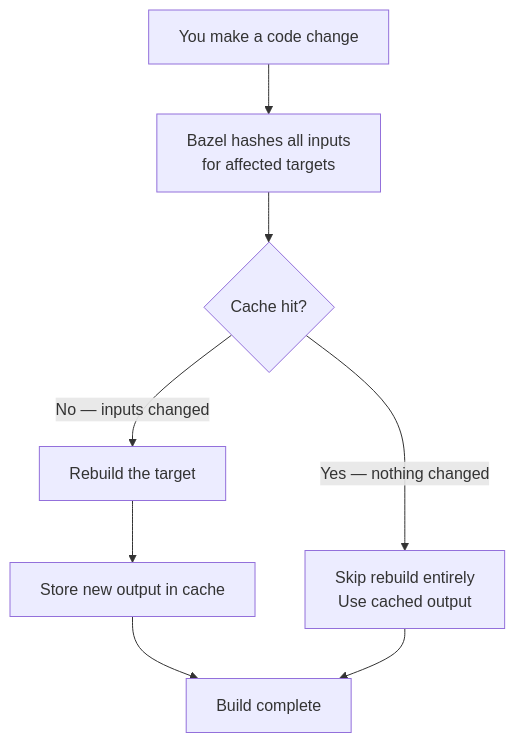
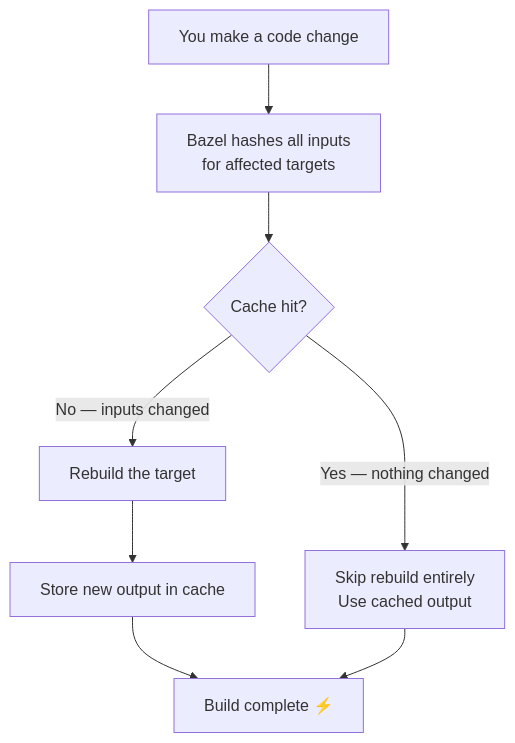
One commit to Hitarthbhatt/bazel-ios-starter changed the second of 2 diagrams in docs/bazel-ios-blog.md. Above: the diagram before and after it, drawn with Mermaid. The commit also changed other lines of this file, not shown here.

````diff
--- a/docs/bazel-ios-blog.md
+++ b/docs/bazel-ios-blog.md
@@ -263,10 +281,10 @@
 ```mermaid
 flowchart TD
     A[You make a code change] --> B[Bazel hashes all inputs\nfor affected targets]
     B --> C{Cache hit?}
     C -->|Yes — nothing changed| D[Skip rebuild entirely\nUse cached output]
     C -->|No — inputs changed| E[Rebuild the target]
     E --> F[Store new output in cache]
-    F --> G[Build complete]
+    F --> G[Build complete ⚡]
     D --> G
 ```
````
